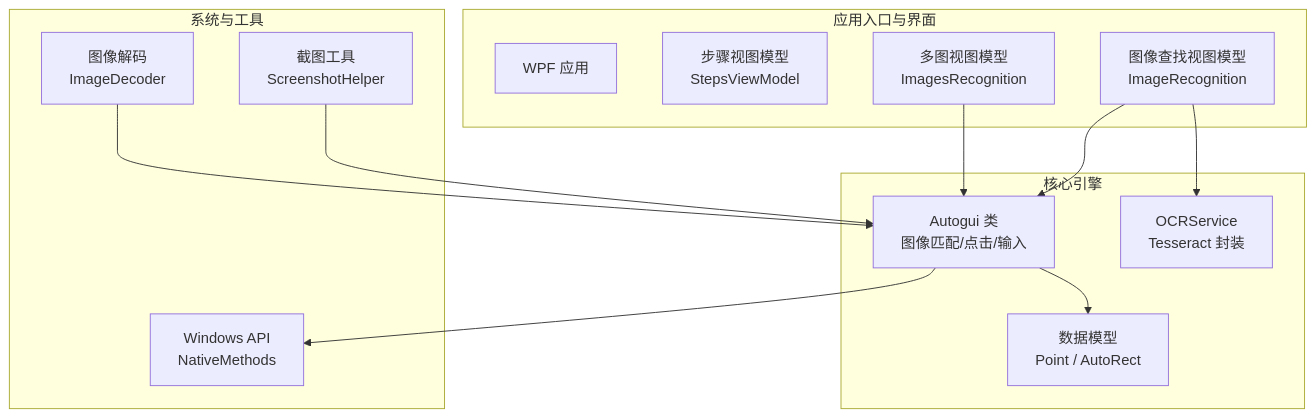
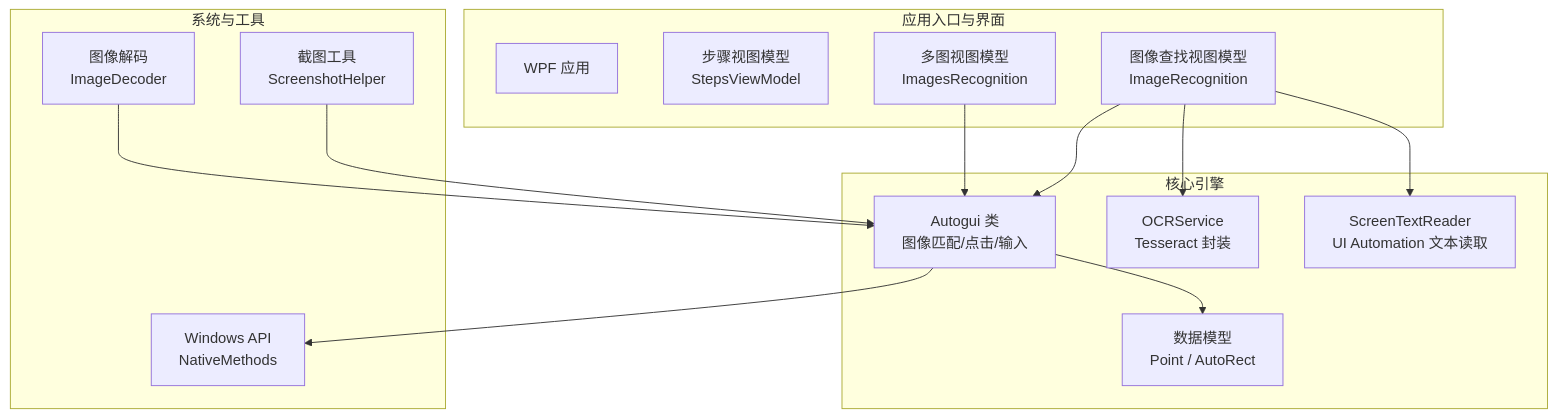
The first of 11 diagrams in .qoder/repowiki/zh/content/图像识别引擎/图像识别引擎.md (yooxii/ShaoLuAuto), drawn with Mermaid before and after one commit. The commit also changed other lines of this file and 9 other files, not shown here.

````diff
--- a/.qoder/repowiki/zh/content/图像识别引擎/图像识别引擎.md
+++ b/.qoder/repowiki/zh/content/图像识别引擎/图像识别引擎.md
@@ -42,26 +53,28 @@
 ```mermaid
 graph TB
 subgraph "应用入口与界面"
 App["WPF 应用"]
 VM_Steps["步骤视图模型<br/>StepsViewModel"]
 VM_Find["图像查找视图模型<br/>ImageRecognition"]
 VM_Multi["多图视图模型<br/>ImagesRecognition"]
 end
 subgraph "核心引擎"
 Autogui["Autogui 类<br/>图像匹配/点击/输入"]
 OCR["OCRService<br/>Tesseract 封装"]
+ScreenText["ScreenTextReader<br/>UI Automation 文本读取"]
 Models["数据模型<br/>Point / AutoRect"]
 end
 subgraph "系统与工具"
 WinAPI["Windows API<br/>NativeMethods"]
 Screenshot["截图工具<br/>ScreenshotHelper"]
 Decoder["图像解码<br/>ImageDecoder"]
 end
 VM_Find --> Autogui
 VM_Multi --> Autogui
 Autogui --> Models
 Autogui --> WinAPI
 VM_Find --> OCR
+VM_Find --> ScreenText
 Screenshot --> Autogui
 Decoder --> Autogui
 ```
````
